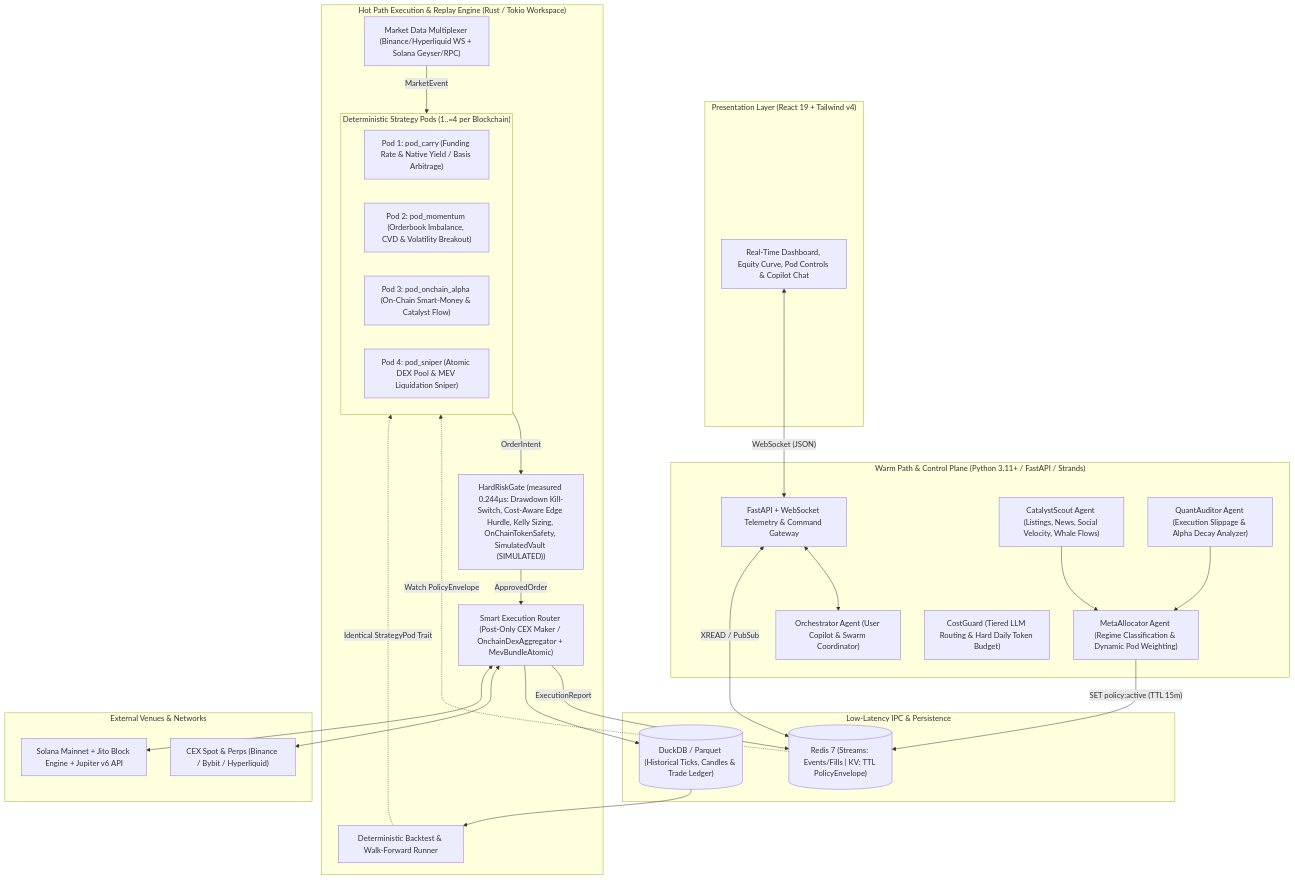
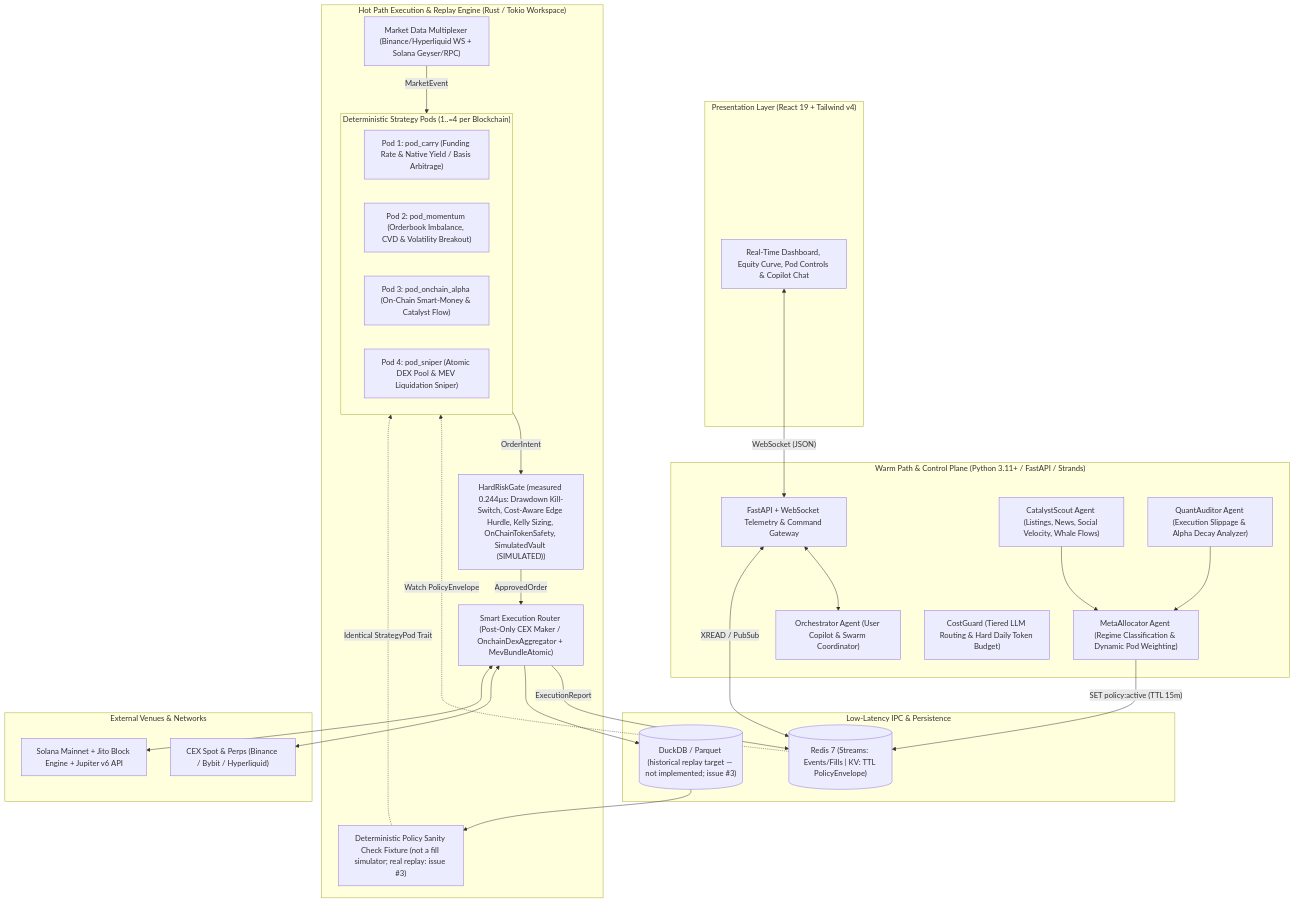
The diagram in docs/architecture.md (hcross/robotrader), drawn with Mermaid before and after one commit. The commit also changed other lines of this file and 22 other files, not shown here.

First line of the commit message:
feat(backtest): relabel the deterministic fixture as a policy sanity check [mark-backtest-artifact-honest]

````diff
--- a/docs/architecture.md
+++ b/docs/architecture.md
@@ -22,58 +22,58 @@
 ```mermaid
 flowchart TB
     subgraph Client["Presentation Layer (React 19 + Tailwind v4)"]
         UI["Real-Time Dashboard, Equity Curve, Pod Controls & Copilot Chat"]
     end
 
     subgraph ControlAndWarm["Warm Path & Control Plane (Python 3.11+ / FastAPI / Strands)"]
         API["FastAPI + WebSocket Telemetry & Command Gateway"]
         Orch["Orchestrator Agent (User Copilot & Swarm Coordinator)"]
         Scout["CatalystScout Agent (Listings, News, Social Velocity, Whale Flows)"]
         Meta["MetaAllocator Agent (Regime Classification & Dynamic Pod Weighting)"]
         Auditor["QuantAuditor Agent (Execution Slippage & Alpha Decay Analyzer)"]
         Cost["CostGuard (Tiered LLM Routing & Hard Daily Token Budget)"]
     end
 
     subgraph Bus["Low-Latency IPC & Persistence"]
         Redis[("Redis 7 (Streams: Events/Fills | KV: TTL PolicyEnvelope)")]
-        Storage[("DuckDB / Parquet (Historical Ticks, Candles & Trade Ledger)")]
+        Storage[("DuckDB / Parquet (historical replay target — not implemented; issue #3)")]
     end
 
     subgraph HotPath["Hot Path Execution & Replay Engine (Rust / Tokio Workspace)"]
         Feed["Market Data Multiplexer (Binance/Hyperliquid WS + Solana Geyser/RPC)"]
         
         subgraph Pods["Deterministic Strategy Pods (1..=4 per Blockchain)"]
             P1["Pod 1: pod_carry (Funding Rate & Native Yield / Basis Arbitrage)"]
             P2["Pod 2: pod_momentum (Orderbook Imbalance, CVD & Volatility Breakout)"]
             P3["Pod 3: pod_onchain_alpha (On-Chain Smart-Money & Catalyst Flow)"]
             P4["Pod 4: pod_sniper (Atomic DEX Pool & MEV Liquidation Sniper)"]
         end
 
         Risk["HardRiskGate (measured 0.244µs: Drawdown Kill-Switch, Cost-Aware Edge Hurdle, Kelly Sizing, OnChainTokenSafety, SimulatedVault (SIMULATED))"]
         Exec["Smart Execution Router (Post-Only CEX Maker / OnchainDexAggregator + MevBundleAtomic)"]
-        Replay["Deterministic Backtest & Walk-Forward Runner"]
+        Replay["Deterministic Policy Sanity Check Fixture (not a fill simulator; real replay: issue #3)"]
     end
 
     subgraph Venues["External Venues & Networks"]
         CEX["CEX Spot & Perps (Binance / Bybit / Hyperliquid)"]
         Solana["Solana Mainnet + Jito Block Engine + Jupiter v6 API"]
     end
 
     UI <-->|"WebSocket (JSON)"| API
     API <--> Orch
     Scout --> Meta
     Auditor --> Meta
     Meta -->|"SET policy:active (TTL 15m)"| Redis
     API <-->|"XREAD / PubSub"| Redis
 
     Feed -->|"MarketEvent"| Pods
     Redis -.->|"Watch PolicyEnvelope"| Pods
     Pods -->|"OrderIntent"| Risk
     Risk -->|"ApprovedOrder"| Exec
     Exec -->|"ExecutionReport"| Redis
     Exec --> Storage
     Exec <--> CEX
     Exec <--> Solana
     Storage --> Replay
     Replay -.->|"Identical StrategyPod Trait"| Pods
 ```
````
